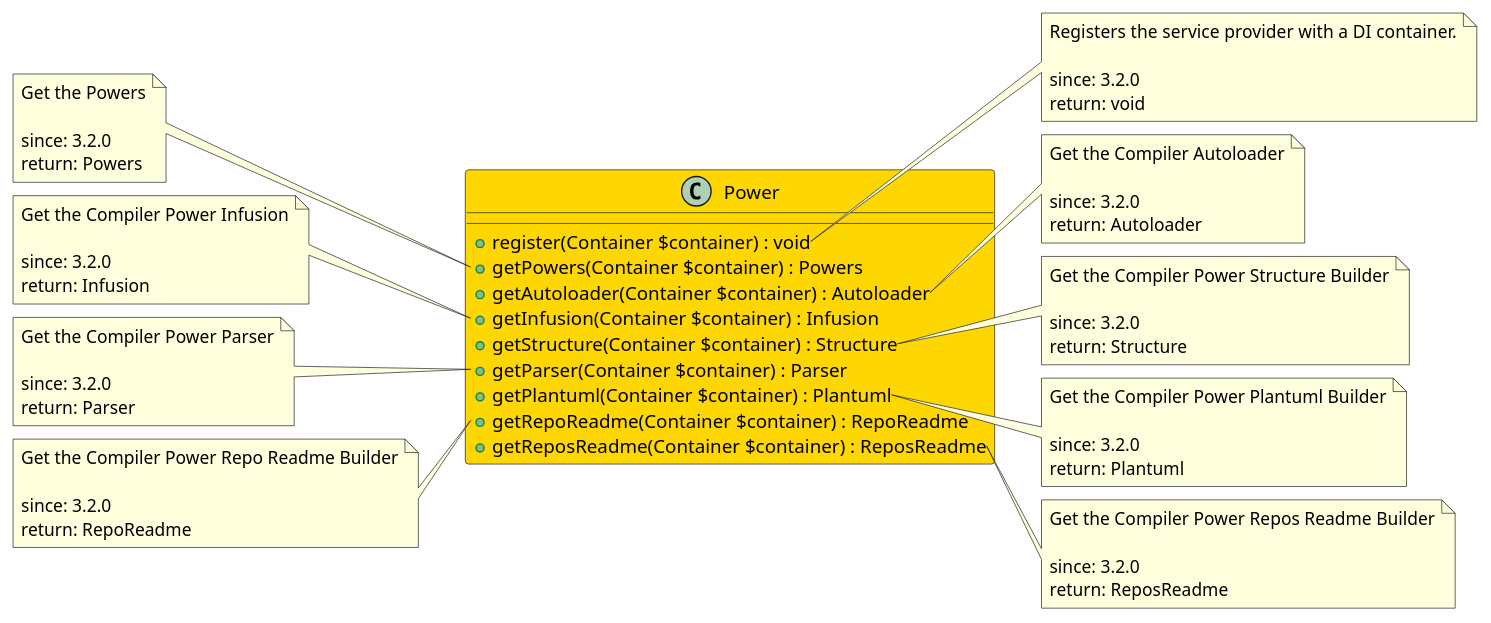
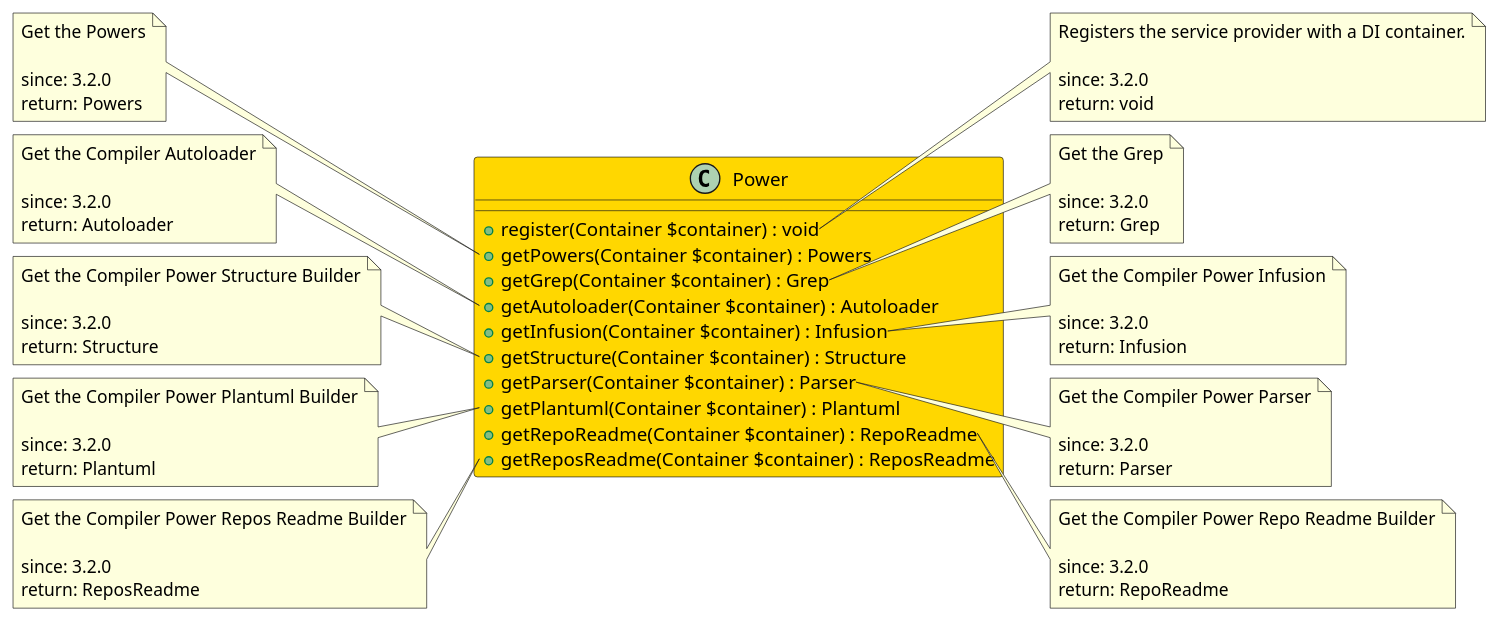
The diagram in src/de01527a-6586-46ea-92e7-11ea3de1cedb/README.md (joomengine/jcb-compiler), drawn with PlantUML before and after one commit. The commit also changed 176 other files, not shown here.

```diff
--- a/src/de01527a-6586-46ea-92e7-11ea3de1cedb/README.md
+++ b/src/de01527a-6586-46ea-92e7-11ea3de1cedb/README.md
@@ -13,6 +13,7 @@
 class Power  #Gold {
   + register(Container $container) : void
   + getPowers(Container $container) : Powers
+  + getGrep(Container $container) : Grep
   + getAutoloader(Container $container) : Autoloader
   + getInfusion(Container $container) : Infusion
   + getStructure(Container $container) : Structure
@@ -36,49 +37,56 @@
   return: Powers
 end note
 
-note right of Power::getAutoloader
+note right of Power::getGrep
+  Get the Grep
+
+  since: 3.2.0
+  return: Grep
+end note
+
+note left of Power::getAutoloader
   Get the Compiler Autoloader
 
   since: 3.2.0
   return: Autoloader
 end note
 
-note left of Power::getInfusion
+note right of Power::getInfusion
   Get the Compiler Power Infusion
 
   since: 3.2.0
   return: Infusion
 end note
 
-note right of Power::getStructure
+note left of Power::getStructure
   Get the Compiler Power Structure Builder
 
   since: 3.2.0
   return: Structure
 end note
 
-note left of Power::getParser
+note right of Power::getParser
   Get the Compiler Power Parser
 
   since: 3.2.0
   return: Parser
 end note
 
-note right of Power::getPlantuml
+note left of Power::getPlantuml
   Get the Compiler Power Plantuml Builder
 
   since: 3.2.0
   return: Plantuml
 end note
 
-note left of Power::getRepoReadme
+note right of Power::getRepoReadme
   Get the Compiler Power Repo Readme Builder
 
   since: 3.2.0
   return: RepoReadme
 end note
 
-note right of Power::getReposReadme
+note left of Power::getReposReadme
   Get the Compiler Power Repos Readme Builder
 
   since: 3.2.0
```
